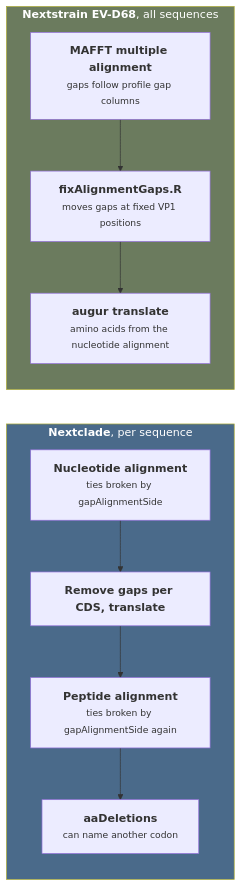
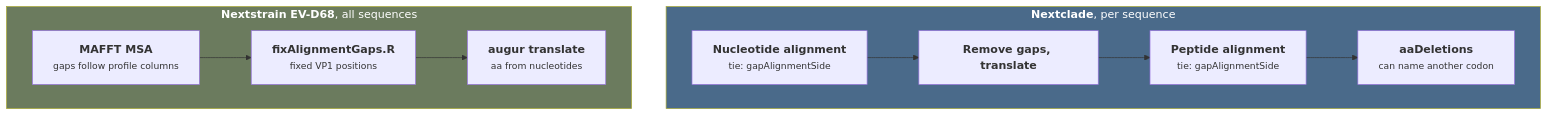
One commit to nextstrain/nextclade changed the first of 3 diagrams in kb/reports/indel-placement-in-repeats.md. Above: the diagram before and after it, drawn with Mermaid. The commit also changed other lines of this file, not shown here.

````diff
--- a/kb/reports/indel-placement-in-repeats.md
+++ b/kb/reports/indel-placement-in-repeats.md
@@ -6,16 +16,13 @@
 ```mermaid
-flowchart LR
+flowchart TB
   subgraph NC["<b>Nextclade</b>, per sequence"]
-    direction TB
-    n1["<b>Nucleotide alignment</b><br/><small>ties broken by gapAlignmentSide</small>"] --> n2["<b>Remove gaps per CDS, translate</b>"]
-    n2 --> n3["<b>Peptide alignment</b><br/><small>ties broken by gapAlignmentSide again</small>"]
-    n3 --> n4["<b>aaDeletions</b><br/><small>can name another codon</small>"]
+    direction LR
+    n1["<b>Nucleotide alignment</b><br/><small>tie: gapAlignmentSide</small>"] --> n2["<b>Remove gaps, translate</b>"] --> n3["<b>Peptide alignment</b><br/><small>tie: gapAlignmentSide</small>"] --> n4["<b>aaDeletions</b><br/><small>can name another codon</small>"]
   end
   subgraph NS["<b>Nextstrain EV-D68</b>, all sequences"]
-    direction TB
-    s1["<b>MAFFT multiple alignment</b><br/><small>gaps follow profile gap columns</small>"] --> s2["<b>fixAlignmentGaps.R</b><br/><small>moves gaps at fixed VP1 positions</small>"]
-    s2 --> s3["<b>augur translate</b><br/><small>amino acids from the nucleotide alignment</small>"]
+    direction LR
+    s1["<b>MAFFT MSA</b><br/><small>gaps follow profile columns</small>"] --> s2["<b>fixAlignmentGaps.R</b><br/><small>fixed VP1 positions</small>"] --> s3["<b>augur translate</b><br/><small>aa from nucleotides</small>"]
   end
   style NC fill:#4a6a8a,color:#fff
   style NS fill:#6b7b5e,color:#fff
 ```
````
